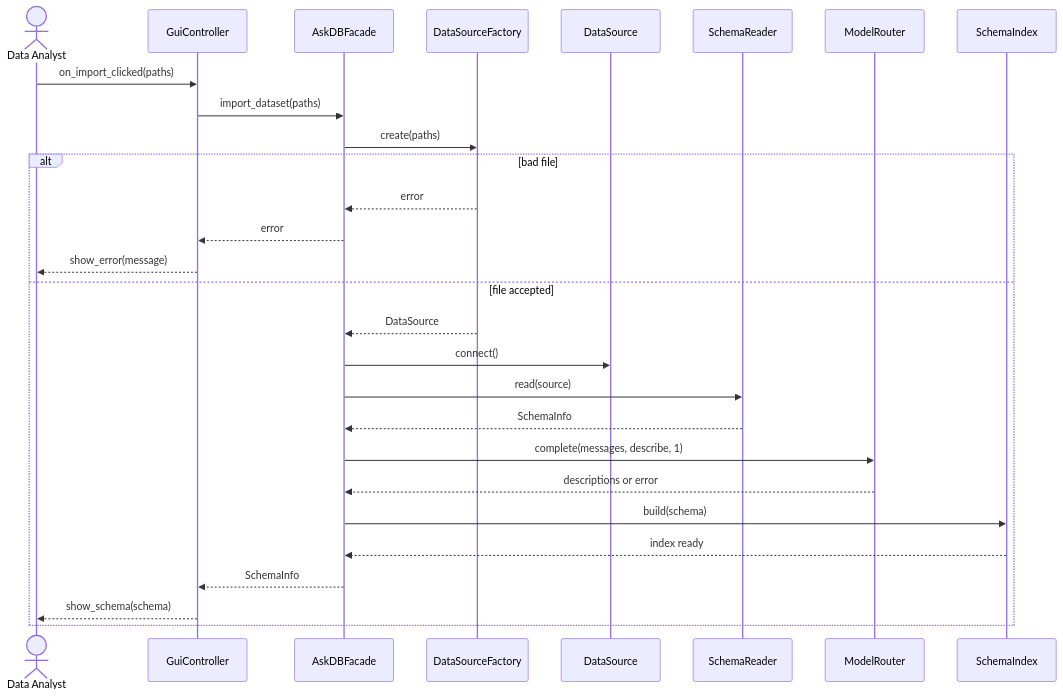
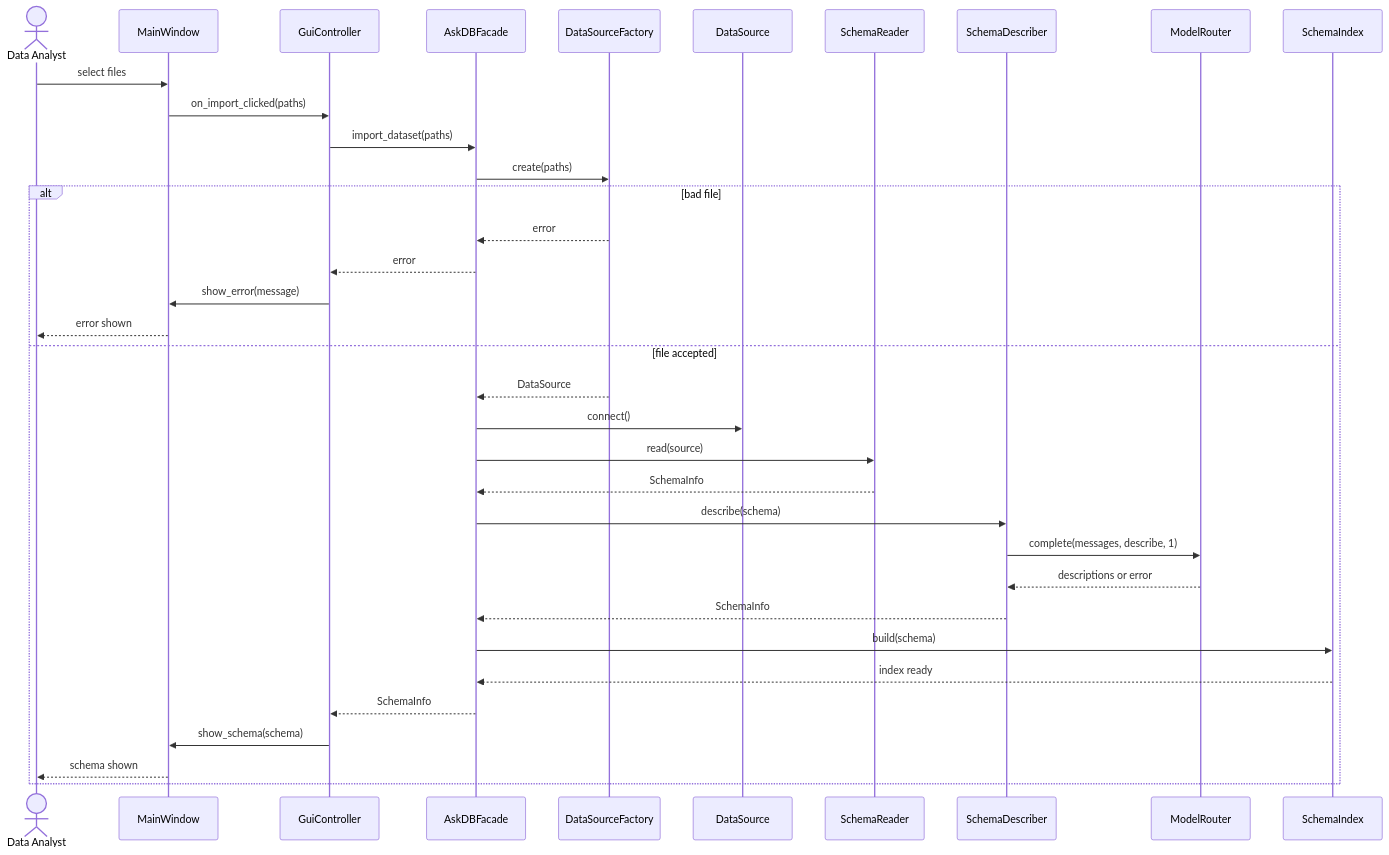
One commit to krishi-shah/AskDB-Data-Analyst-Agent changed the seventh of 15 diagrams in docs/Stage1_Design_Report.md. Above: the diagram before and after it, drawn with Mermaid. The commit also changed other lines of this file, not shown here.

Commit message:
Complete the Stage 1 diagrams with the window, actors, and multiplicities.

````diff
--- a/docs/Stage1_Design_Report.md
+++ b/docs/Stage1_Design_Report.md
@@ -1009,31 +1065,38 @@
 ```mermaid
 sequenceDiagram
     actor A as Data Analyst
+    participant MW as MainWindow
     participant GC as GuiController
     participant F as AskDBFacade
     participant DSF as DataSourceFactory
     participant DS as DataSource
     participant SR as SchemaReader
+    participant SD as SchemaDescriber
     participant MR as ModelRouter
     participant SI as SchemaIndex
 
-    A->>GC: on_import_clicked(paths)
+    A->>MW: select files
+    MW->>GC: on_import_clicked(paths)
     GC->>F: import_dataset(paths)
     F->>DSF: create(paths)
     alt bad file
         DSF-->>F: error
         F-->>GC: error
-        GC-->>A: show_error(message)
+        GC->>MW: show_error(message)
+        MW-->>A: error shown
     else file accepted
         DSF-->>F: DataSource
         F->>DS: connect()
         F->>SR: read(source)
         SR-->>F: SchemaInfo
-        F->>MR: complete(messages, describe, 1)
-        MR-->>F: descriptions or error
+        F->>SD: describe(schema)
+        SD->>MR: complete(messages, describe, 1)
+        MR-->>SD: descriptions or error
+        SD-->>F: SchemaInfo
         F->>SI: build(schema)
         SI-->>F: index ready
         F-->>GC: SchemaInfo
-        GC-->>A: show_schema(schema)
+        GC->>MW: show_schema(schema)
+        MW-->>A: schema shown
     end
 ```
````
